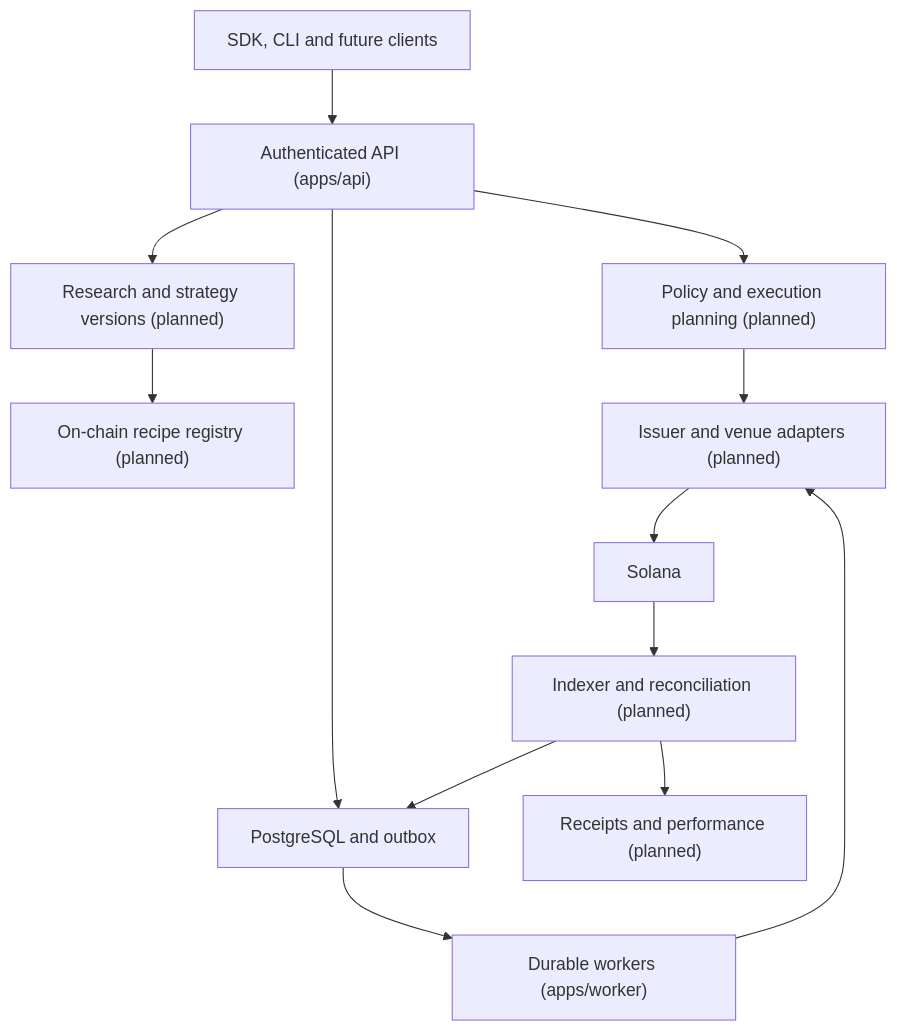
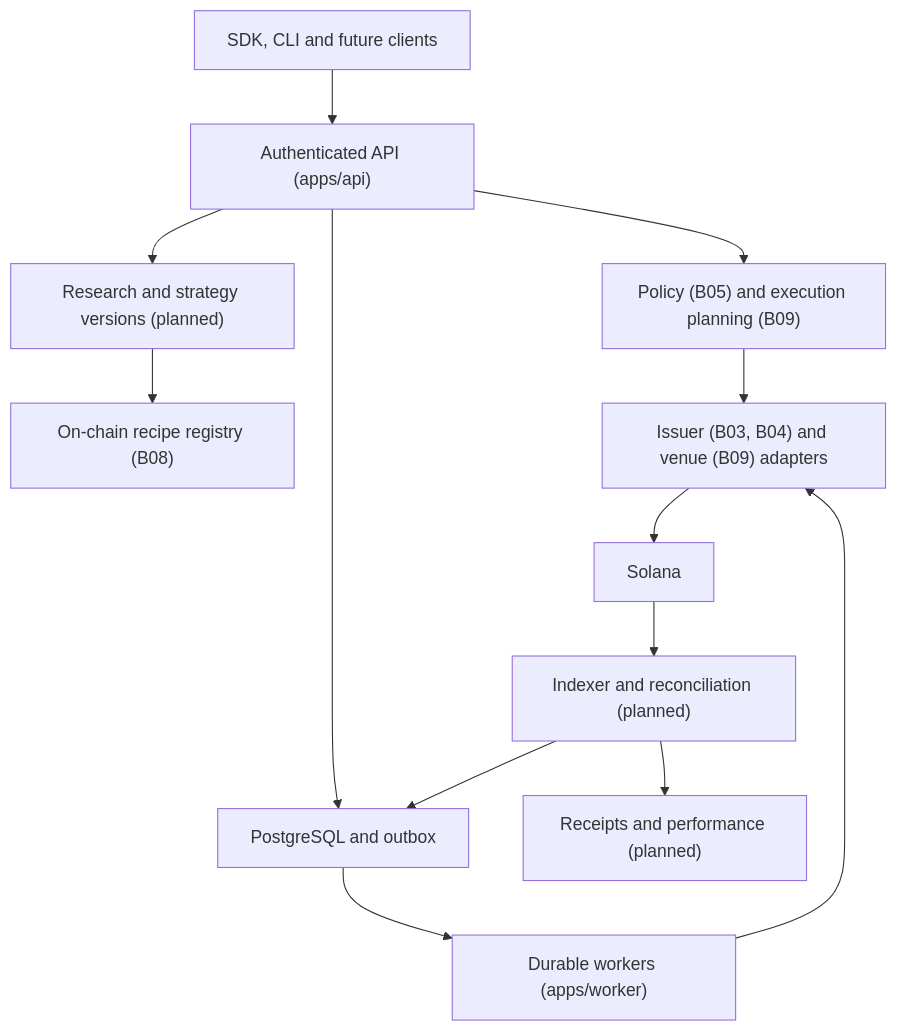
Before and after one commit to Markov-Protocol/protocol: the diagram in docs/markov/architecture.md, drawn with Mermaid. The commit also changed other lines of this file and 75 other files, not shown here.

````diff
--- a/docs/markov/architecture.md
+++ b/docs/markov/architecture.md
@@ -8,15 +8,15 @@
 ```mermaid
 flowchart TD
     Clients["SDK, CLI and future clients"] --> API["Authenticated API (apps/api)"]
     API --> Strategy["Research and strategy versions (planned)"]
-    API --> Policy["Policy and execution planning (planned)"]
-    Strategy --> Registry["On-chain recipe registry (planned)"]
-    Policy --> Adapters["Issuer and venue adapters (planned)"]
+    API --> Policy["Policy (B05) and execution planning (B09)"]
+    Strategy --> Registry["On-chain recipe registry (B08)"]
+    Policy --> Adapters["Issuer (B03, B04) and venue (B09) adapters"]
     Adapters --> Chain["Solana"]
     API --> DB["PostgreSQL and outbox"]
     DB --> Workers["Durable workers (apps/worker)"]
     Workers --> Adapters
     Chain --> Reconcile["Indexer and reconciliation (planned)"]
     Reconcile --> DB
     Reconcile --> Evidence["Receipts and performance (planned)"]
 ```
````
